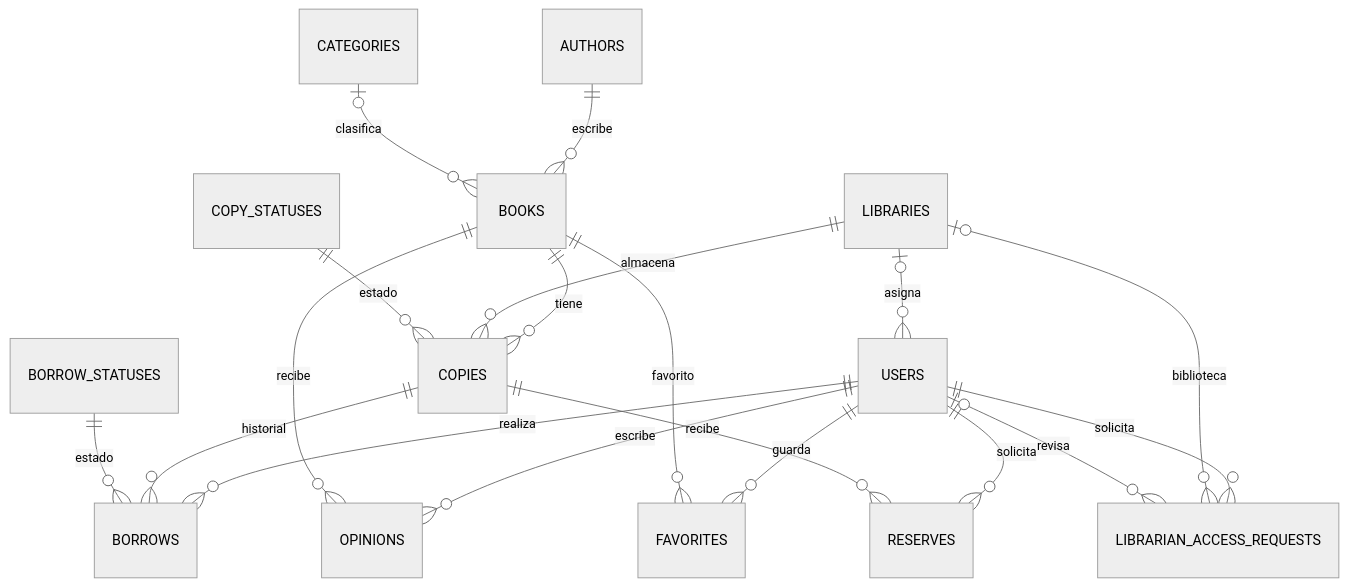
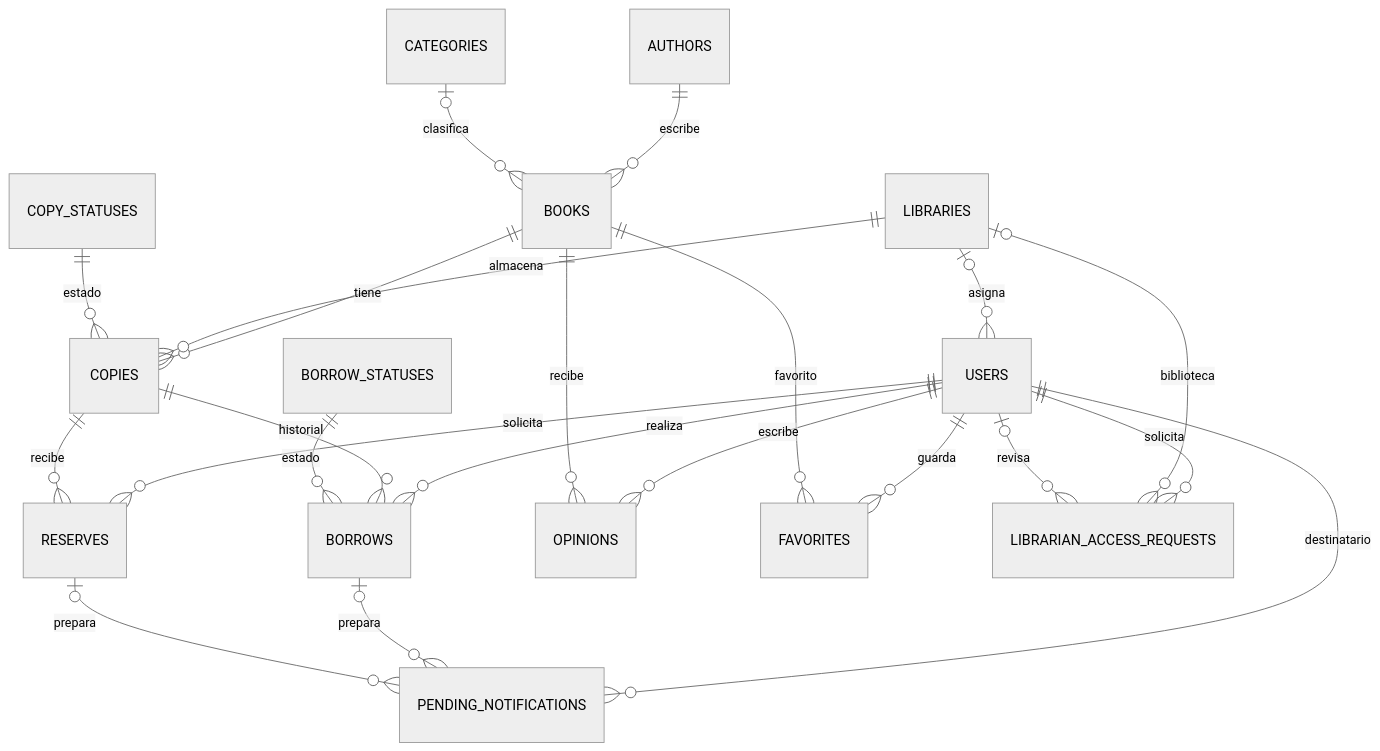
One commit to davidberalcagit/project2 changed the diagram in README.md. Above: the diagram before and after it, drawn with Mermaid (neutral theme). The commit also changed other lines of this file and 6 other files, not shown here.

````diff
--- a/README.md
+++ b/README.md
@@ -43,21 +59,24 @@
 ```mermaid
 erDiagram
     AUTHORS ||--o{ BOOKS : escribe
     CATEGORIES o|--o{ BOOKS : clasifica
     BOOKS ||--o{ COPIES : tiene
     LIBRARIES ||--o{ COPIES : almacena
     COPY_STATUSES ||--o{ COPIES : estado
     USERS ||--o{ BORROWS : realiza
     COPIES ||--o{ BORROWS : historial
     BORROW_STATUSES ||--o{ BORROWS : estado
+    USERS ||--o{ PENDING_NOTIFICATIONS : destinatario
+    BORROWS o|--o{ PENDING_NOTIFICATIONS : prepara
     USERS ||--o{ RESERVES : solicita
     COPIES ||--o{ RESERVES : recibe
+    RESERVES o|--o{ PENDING_NOTIFICATIONS : prepara
     USERS ||--o{ OPINIONS : escribe
     BOOKS ||--o{ OPINIONS : recibe
     USERS ||--o{ FAVORITES : guarda
     BOOKS ||--o{ FAVORITES : favorito
     LIBRARIES o|--o{ USERS : asigna
     USERS ||--o{ LIBRARIAN_ACCESS_REQUESTS : solicita
     LIBRARIES o|--o{ LIBRARIAN_ACCESS_REQUESTS : biblioteca
     USERS o|--o{ LIBRARIAN_ACCESS_REQUESTS : revisa
 ```
````
